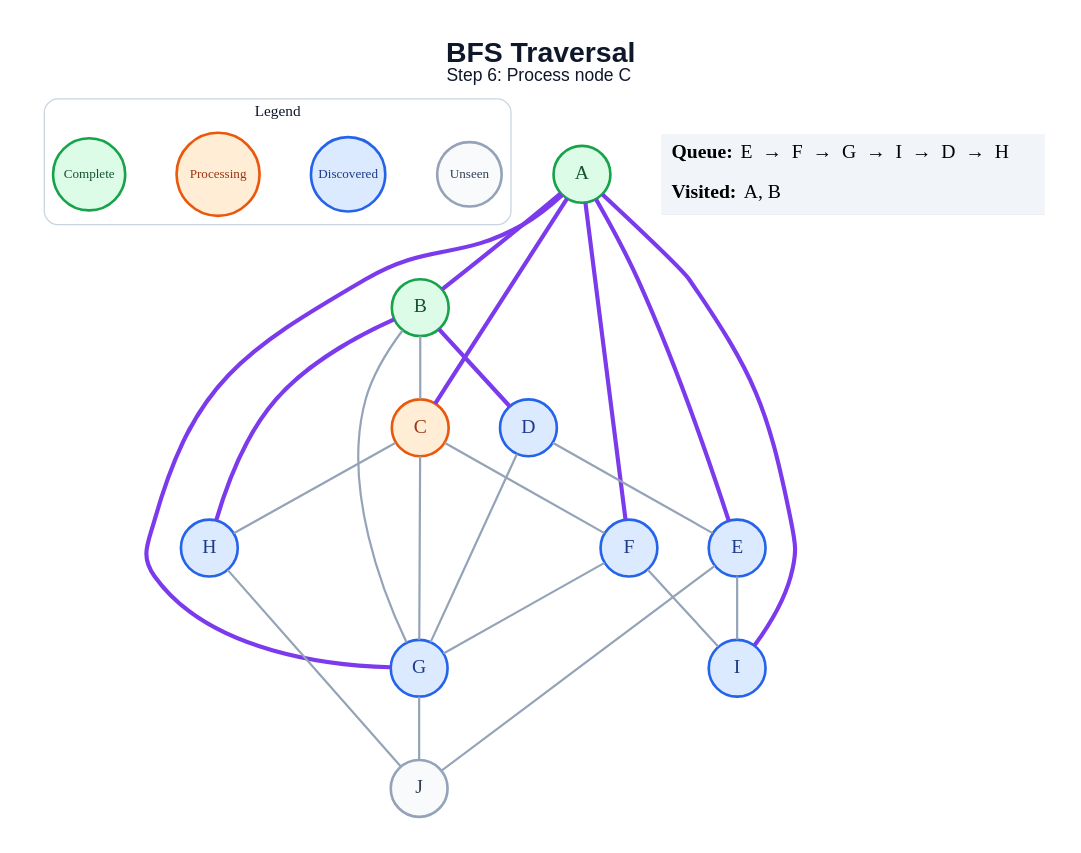
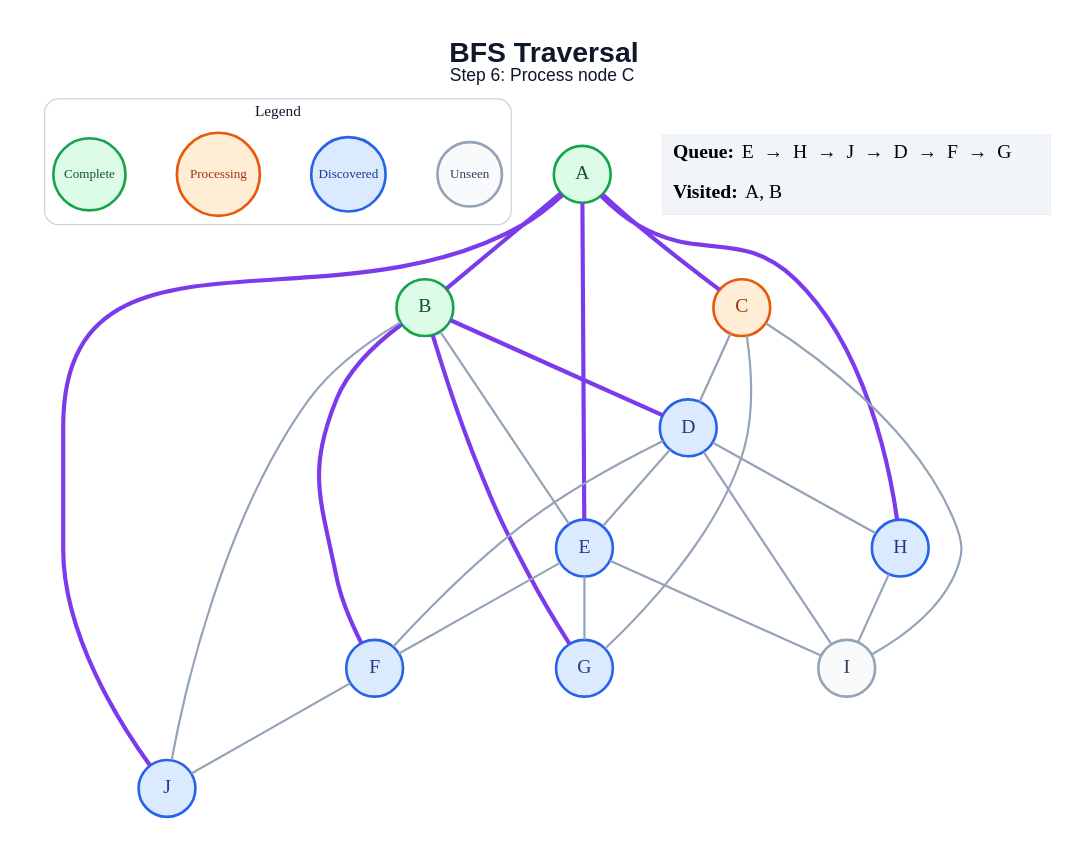
One commit to amanghodawala9/ai-slop changed the diagram in generated/bfs/step_06.dot. Above: the diagram before and after it, drawn with Graphviz. The commit also changed 178 other files, not shown here.

```diff
--- a/generated/bfs/step_06.dot
+++ b/generated/bfs/step_06.dot
@@ -1,50 +1,51 @@
 graph traversal {
   graph [layout=dot, rankdir=TB, bgcolor="#FFFFFF", pad="0.35", nodesep="0.65", ranksep="0.8", fontname="Arial"];
   node [shape=circle, style="filled", fontname="Arial Bold", fontsize=18, width=0.72, fixedsize=true, penwidth=2.4];
   edge [color="#94A3B8", penwidth=2.0];
   label=<<B>BFS Traversal</B><BR/><FONT POINT-SIZE="16">Step 6: Process node C</FONT>>; labelloc="t"; fontsize=26; fontname="Arial"; fontcolor="#0F172A";
   subgraph cluster_legend { label="Legend"; color="#CBD5E1"; penwidth=1.2; style="rounded"; fontsize=14; fontname="Arial Bold";
     key_unseen [label="Unseen", fillcolor="#F8FAFC", color="#94A3B8", fontcolor="#334155", fontsize=12, width=0.82];
     key_frontier [label="Discovered", fillcolor="#DBEAFE", color="#2563EB", fontcolor="#1E3A8A", fontsize=12, width=0.95];
     key_current [label="Processing", fillcolor="#FFEDD5", color="#EA580C", fontcolor="#9A3412", fontsize=12, width=1.05];
     key_done [label="Complete", fillcolor="#DCFCE7", color="#16A34A", fontcolor="#14532D", fontsize=12, width=0.92];
     { rank=same; key_unseen; key_frontier; key_current; key_done; }
   }
   A [fillcolor="#DCFCE7", color="#16A34A", fontcolor="#14532D"];
   B [fillcolor="#DCFCE7", color="#16A34A", fontcolor="#14532D"];
   C [fillcolor="#FFEDD5", color="#EA580C", fontcolor="#9A3412"];
   D [fillcolor="#DBEAFE", color="#2563EB", fontcolor="#1E3A8A"];
   E [fillcolor="#DBEAFE", color="#2563EB", fontcolor="#1E3A8A"];
   F [fillcolor="#DBEAFE", color="#2563EB", fontcolor="#1E3A8A"];
   G [fillcolor="#DBEAFE", color="#2563EB", fontcolor="#1E3A8A"];
   H [fillcolor="#DBEAFE", color="#2563EB", fontcolor="#1E3A8A"];
-  I [fillcolor="#DBEAFE", color="#2563EB", fontcolor="#1E3A8A"];
-  J [fillcolor="#F8FAFC", color="#94A3B8", fontcolor="#334155"];
+  I [fillcolor="#F8FAFC", color="#94A3B8", fontcolor="#334155"];
+  J [fillcolor="#DBEAFE", color="#2563EB", fontcolor="#1E3A8A"];
   A -- B [color="#7C3AED", penwidth=3.8];
   A -- C [color="#7C3AED", penwidth=3.8];
   A -- E [color="#7C3AED", penwidth=3.8];
-  A -- F [color="#7C3AED", penwidth=3.8];
-  A -- G [color="#7C3AED", penwidth=3.8];
-  A -- I [color="#7C3AED", penwidth=3.8];
-  B -- C;
+  A -- H [color="#7C3AED", penwidth=3.8];
+  A -- J [color="#7C3AED", penwidth=3.8];
   B -- D [color="#7C3AED", penwidth=3.8];
-  B -- G;
-  B -- H [color="#7C3AED", penwidth=3.8];
-  C -- F;
+  B -- E;
+  B -- F [color="#7C3AED", penwidth=3.8];
+  B -- G [color="#7C3AED", penwidth=3.8];
+  B -- J;
+  C -- D;
   C -- G;
-  C -- H;
+  C -- I;
   D -- E;
-  D -- G;
+  D -- F;
+  D -- H;
+  D -- I;
+  E -- F;
+  E -- G;
   E -- I;
-  E -- J;
-  F -- G;
-  F -- I;
-  G -- J;
-  H -- J;
+  F -- J;
+  H -- I;
   status [shape=plain, fixedsize=false, width=0, height=0, margin=0, label=<
     <TABLE BORDER="0" CELLBORDER="0" CELLPADDING="7" BGCOLOR="#F1F5F9">
-      <TR><TD ALIGN="LEFT"><B>Queue:</B> E  →  F  →  G  →  I  →  D  →  H</TD></TR>
+      <TR><TD ALIGN="LEFT"><B>Queue:</B> E  →  H  →  J  →  D  →  F  →  G</TD></TR>
       <TR><TD ALIGN="LEFT"><B>Visited:</B> A, B</TD></TR>
     </TABLE>
   >];
 }
```
